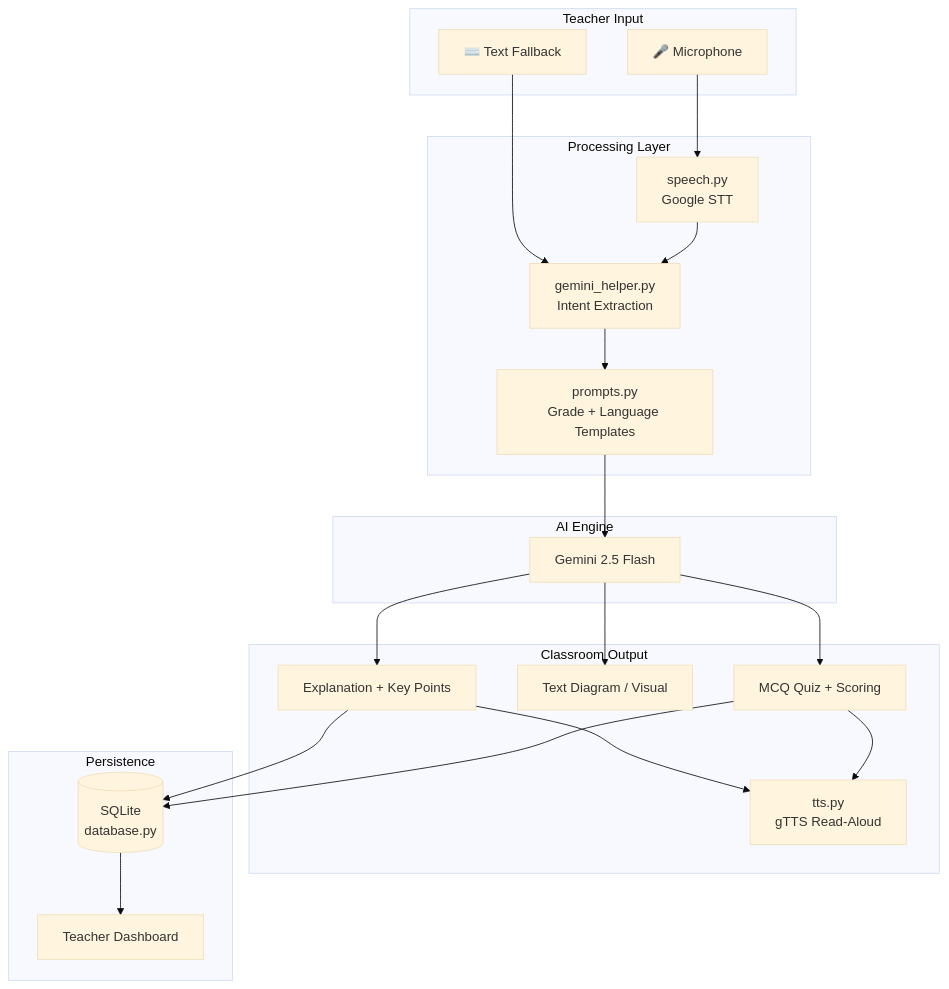
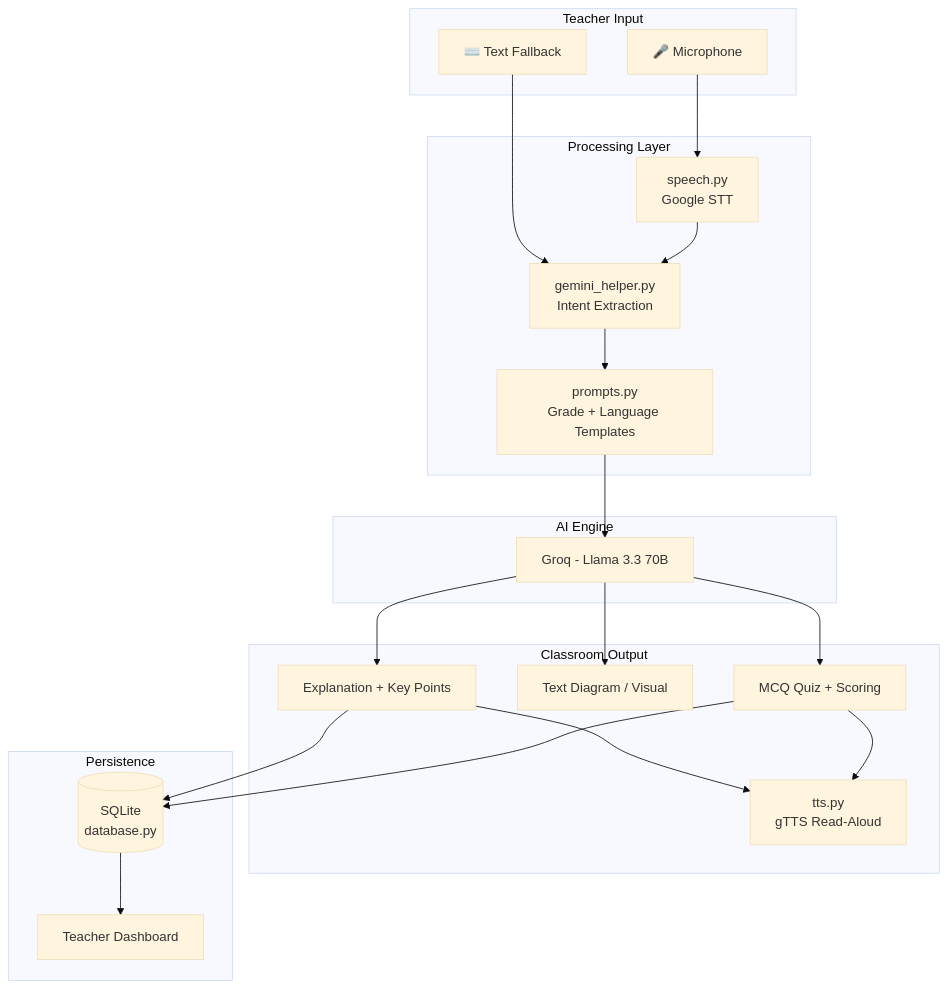
One commit to pranay-spec/Classmate-AI changed the diagram in README.md. Above: the diagram before and after it, drawn with Mermaid (base theme). The commit also changed other lines of this file and 5 other files, not shown here.

Commit message:
Switch AI backend from Gemini to Groq (Llama 3.3 70B) - Replaced google-genai SDK with groq SDK - Uses native JSON mode to fix parsing errors - Free API with fast inference - Updated README, requirements, and error messages

````diff
--- a/README.md
+++ b/README.md
@@ -34,42 +34,42 @@
 ```mermaid
 flowchart TB
     subgraph Input["Teacher Input"]
         MIC[🎤 Microphone]
         TXT[⌨️ Text Fallback]
     end
 
     subgraph Processing["Processing Layer"]
         STT[speech.py<br/>Google STT]
         INTENT[gemini_helper.py<br/>Intent Extraction]
         PROMPTS[prompts.py<br/>Grade + Language Templates]
     end
 
     subgraph AI["AI Engine"]
-        GEMINI[Gemini 2.5 Flash]
+        GROQ[Groq - Llama 3.3 70B]
     end
 
     subgraph Output["Classroom Output"]
         EXPLAIN[Explanation + Key Points]
         DIAGRAM[Text Diagram / Visual]
         QUIZ[MCQ Quiz + Scoring]
         TTS[tts.py<br/>gTTS Read-Aloud]
     end
 
     subgraph Storage["Persistence"]
         DB[(SQLite<br/>database.py)]
         DASH[Teacher Dashboard]
     end
 
     MIC --> STT
     TXT --> INTENT
     STT --> INTENT
-    INTENT --> PROMPTS --> GEMINI
-    GEMINI --> EXPLAIN
-    GEMINI --> DIAGRAM
-    GEMINI --> QUIZ
+    INTENT --> PROMPTS --> GROQ
+    GROQ --> EXPLAIN
+    GROQ --> DIAGRAM
+    GROQ --> QUIZ
     EXPLAIN --> TTS
     QUIZ --> TTS
     EXPLAIN --> DB
     QUIZ --> DB
     DB --> DASH
 ```
````
